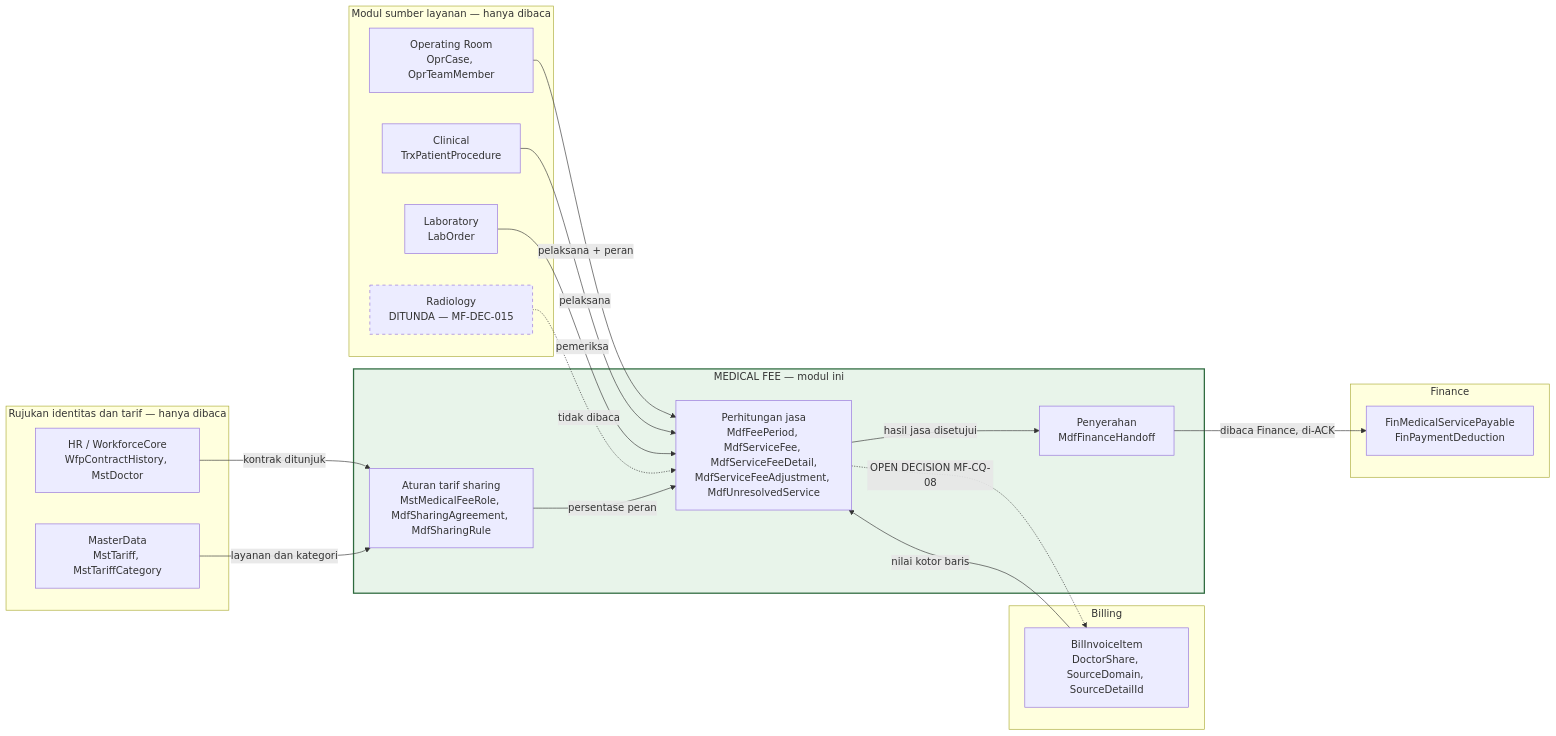
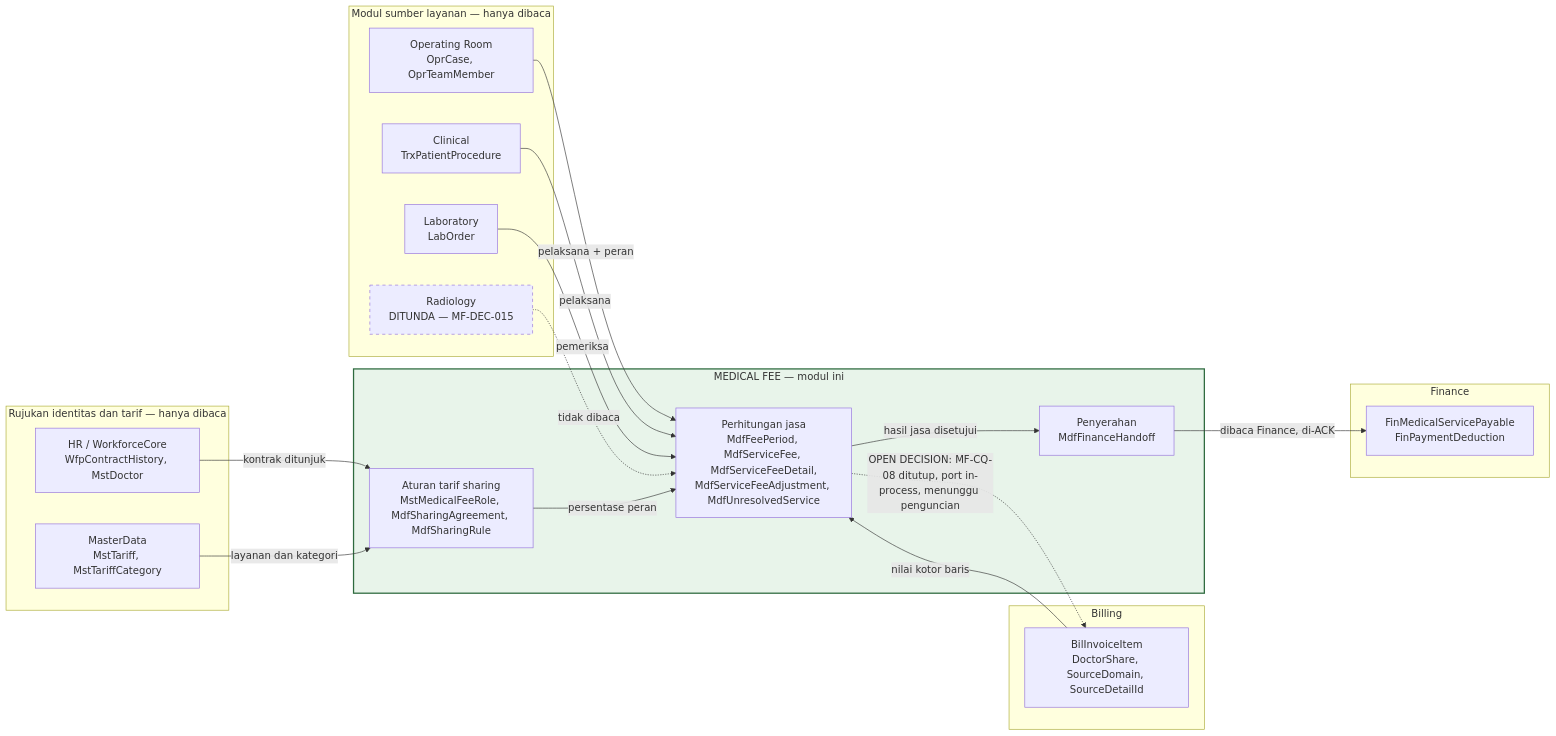
The diagram in docs/module-blueprints/medical-fee/erd/00-context-erd.md (DevBenari/NewQuilvianSystemBackend), drawn with Mermaid before and after one commit. The commit also changed other lines of this file and 77 other files, not shown here.

````diff
--- a/docs/module-blueprints/medical-fee/erd/00-context-erd.md
+++ b/docs/module-blueprints/medical-fee/erd/00-context-erd.md
@@ -16,43 +16,43 @@
 ```mermaid
 flowchart LR
     subgraph SRC["Modul sumber layanan — hanya dibaca"]
         OPR["Operating Room<br/>OprCase, OprTeamMember"]
         CLN["Clinical<br/>TrxPatientProcedure"]
         LAB["Laboratory<br/>LabOrder"]
         RAD["Radiology<br/>DITUNDA — MF-DEC-015"]
     end
 
     subgraph REF["Rujukan identitas dan tarif — hanya dibaca"]
         HR["HR / WorkforceCore<br/>WfpContractHistory, MstDoctor"]
         MST["MasterData<br/>MstTariff, MstTariffCategory"]
     end
 
     subgraph BIL["Billing"]
         INV["BilInvoiceItem<br/>DoctorShare, SourceDomain, SourceDetailId"]
     end
 
     subgraph MDF["MEDICAL FEE — modul ini"]
         RULE["Aturan tarif sharing<br/>MstMedicalFeeRole, MdfSharingAgreement, MdfSharingRule"]
         CALC["Perhitungan jasa<br/>MdfFeePeriod, MdfServiceFee, MdfServiceFeeDetail,<br/>MdfServiceFeeAdjustment, MdfUnresolvedService"]
         HO["Penyerahan<br/>MdfFinanceHandoff"]
     end
 
     subgraph FIN["Finance"]
         PAY["FinMedicalServicePayable<br/>FinPaymentDeduction"]
     end
 
     OPR -->|pelaksana + peran| CALC
     CLN -->|pelaksana| CALC
     LAB -->|pemeriksa| CALC
     RAD -.->|tidak dibaca| CALC
     INV -->|nilai kotor baris| CALC
     HR -->|kontrak ditunjuk| RULE
     MST -->|layanan dan kategori| RULE
     RULE -->|persentase peran| CALC
     CALC -->|hasil jasa disetujui| HO
     HO -->|dibaca Finance, di-ACK| PAY
-    CALC -.->|OPEN DECISION MF-CQ-08| INV
+    CALC -.->|OPEN DECISION: MF-CQ-08 ditutup, port in-process, menunggu penguncian| INV
 
     style MDF fill:#e8f4ea,stroke:#2d6a3e,stroke-width:2px
     style RAD stroke-dasharray: 5 5
 ```
````
